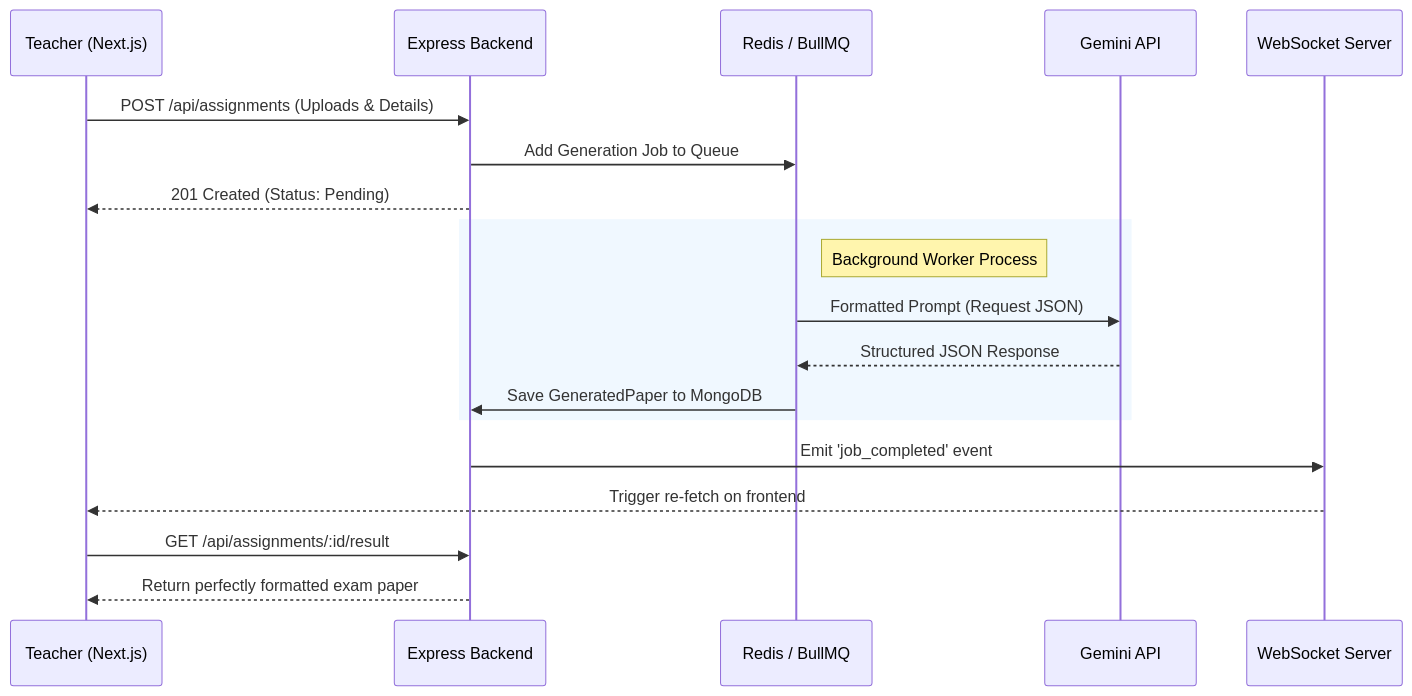
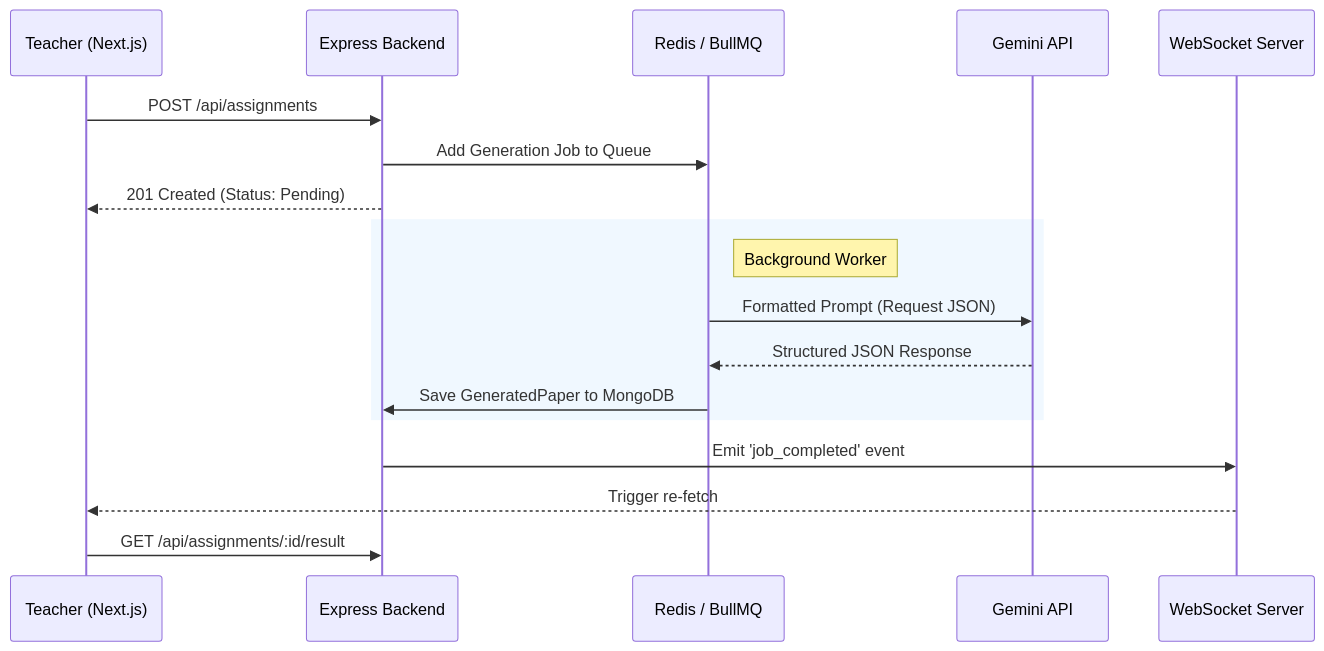
One commit to KrishnaGaur12/veda-ai-assessment-creator changed the diagram in README.md. Above: the diagram before and after it, drawn with Mermaid. The commit also changed other lines of this file and 4 other files, not shown here.

````diff
--- a/README.md
+++ b/README.md
@@ -24,24 +39,23 @@
 ```mermaid
 sequenceDiagram
     participant User as Teacher (Next.js)
     participant API as Express Backend
     participant Redis as Redis / BullMQ
     participant LLM as Gemini API
     participant WS as WebSocket Server
 
-    User->>API: POST /api/assignments (Uploads & Details)
+    User->>API: POST /api/assignments
     API->>Redis: Add Generation Job to Queue
     API-->>User: 201 Created (Status: Pending)
     
     rect rgb(240, 248, 255)
-        note right of Redis: Background Worker Process
+        note right of Redis: Background Worker
         Redis->>LLM: Formatted Prompt (Request JSON)
         LLM-->>Redis: Structured JSON Response
         Redis->>API: Save GeneratedPaper to MongoDB
     end
     
     API->>WS: Emit 'job_completed' event
-    WS-->>User: Trigger re-fetch on frontend
+    WS-->>User: Trigger re-fetch
     User->>API: GET /api/assignments/:id/result
-    API-->>User: Return perfectly formatted exam paper
 ```
````
